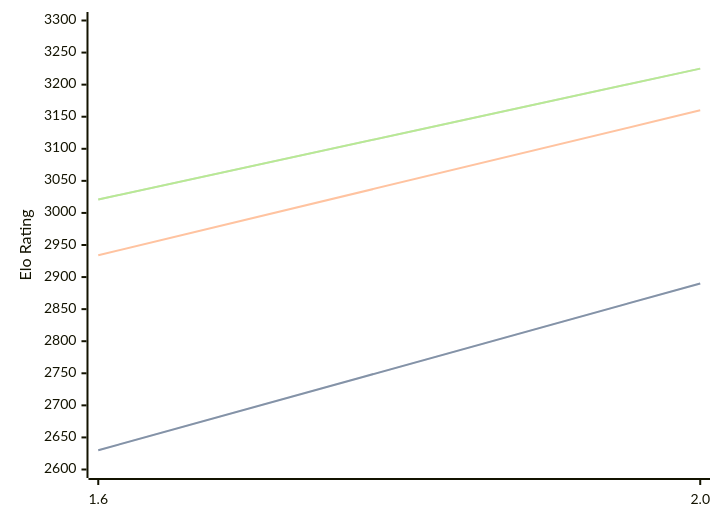
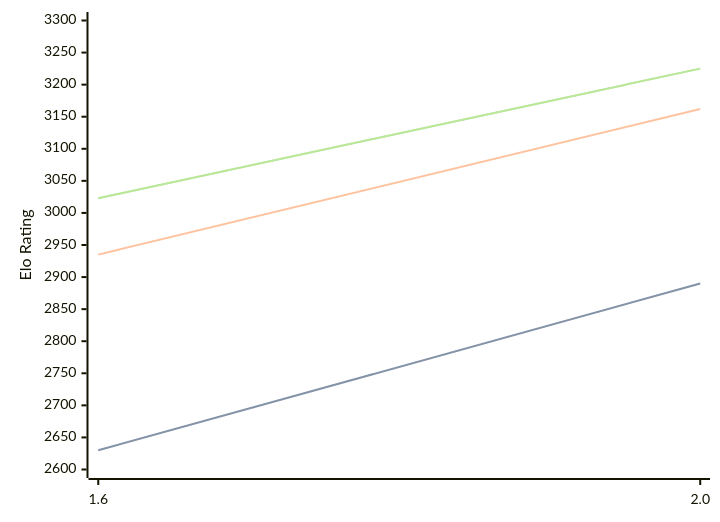
One commit to computer-chess-index/cci changed the diagram in engines/Onyx.md. Above: the diagram before and after it, drawn with Mermaid. The commit also changed other lines of this file, not shown here.

Commit message:
Update CCI Ratings (ELO VLTC) - 2026-09-09

````diff
--- a/engines/Onyx.md
+++ b/engines/Onyx.md
@@ -32,11 +32,11 @@
 ```mermaid
 %%{init: {"theme":"base","themeVariables":{"seriesColors:['#a3a3a3','#222221','#faa371']}}}%%
 xychart-beta
   x-axis ["1.6", "2.0"]
   y-axis "Elo Rating" 2600 --> 3300
   line "" [2630, 2890]
   line "STC (8.0+0.08s)" [2630, 2890]
-  line "LTC (60.0+0.60s)" [2934, 3160]
-  line "" [3021, 3225]
-  line "VLTC (2m24s+1.12s)" [3021, 3225]
+  line "LTC (60.0+0.60s)" [2935, 3162]
+  line "" [3023, 3225]
+  line "VLTC (2m24s+1.12s)" [3023, 3225]
 ```
````
